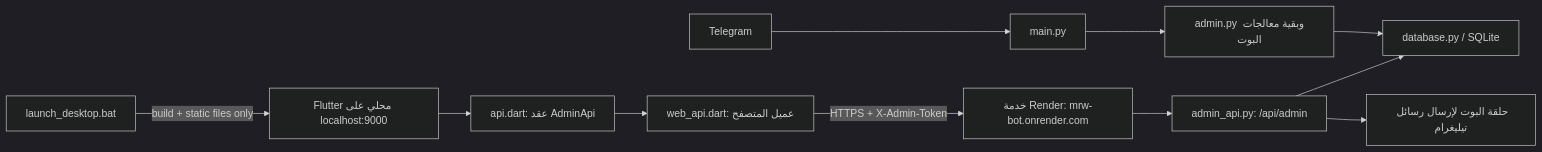
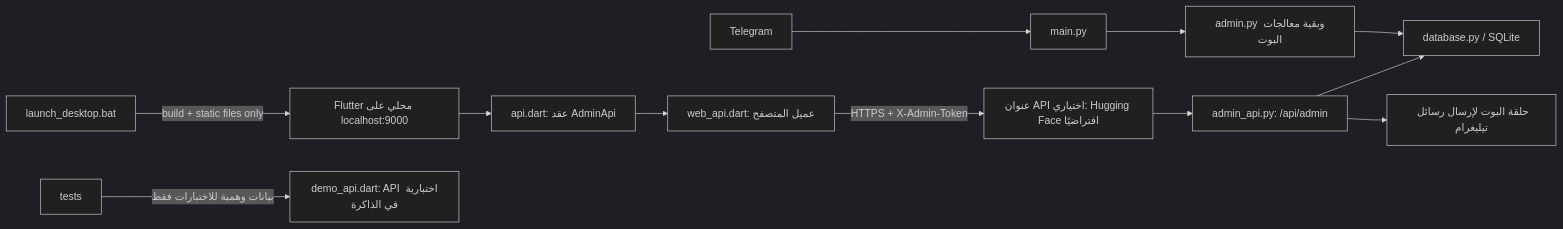
The diagram in PROJECT_MAP.md (ABU-AZZAM-COM/mrw-bot), drawn with Mermaid (dark theme) before and after one commit. The commit also changed other lines of this file and 27 other files, not shown here.

````diff
--- a/PROJECT_MAP.md
+++ b/PROJECT_MAP.md
@@ -11,13 +11,14 @@
 ```mermaid
 flowchart LR
   Telegram --> main[main.py]
   main --> handlers[admin.py وبقية معالجات البوت]
   handlers --> db[database.py / SQLite]
   dashboard[Flutter محلي على localhost:9000] --> contract[api.dart: عقد AdminApi]
   contract --> web[web_api.dart: عميل المتصفح]
-  web -->|HTTPS + X-Admin-Token| render[خدمة Render: mrw-bot.onrender.com]
-  render --> api[admin_api.py: /api/admin]
+  web -->|HTTPS + X-Admin-Token| remote[عنوان API اختياري: Hugging Face افتراضيًا]
+  remote --> api[admin_api.py: /api/admin]
   api --> db
   api --> botloop[حلقة البوت لإرسال رسائل تيليغرام]
+  tests -->|بيانات وهمية للاختبارات فقط| demo[demo_api.dart: API اختبارية في الذاكرة]
   launcher[launch_desktop.bat] -->|build + static files only| dashboard
 ```
````
